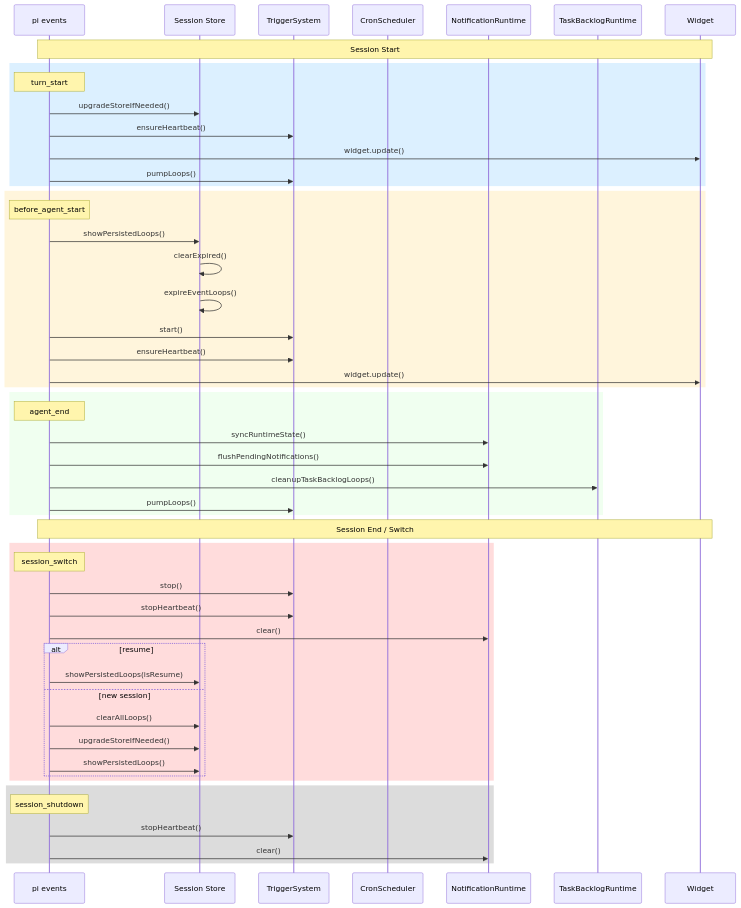
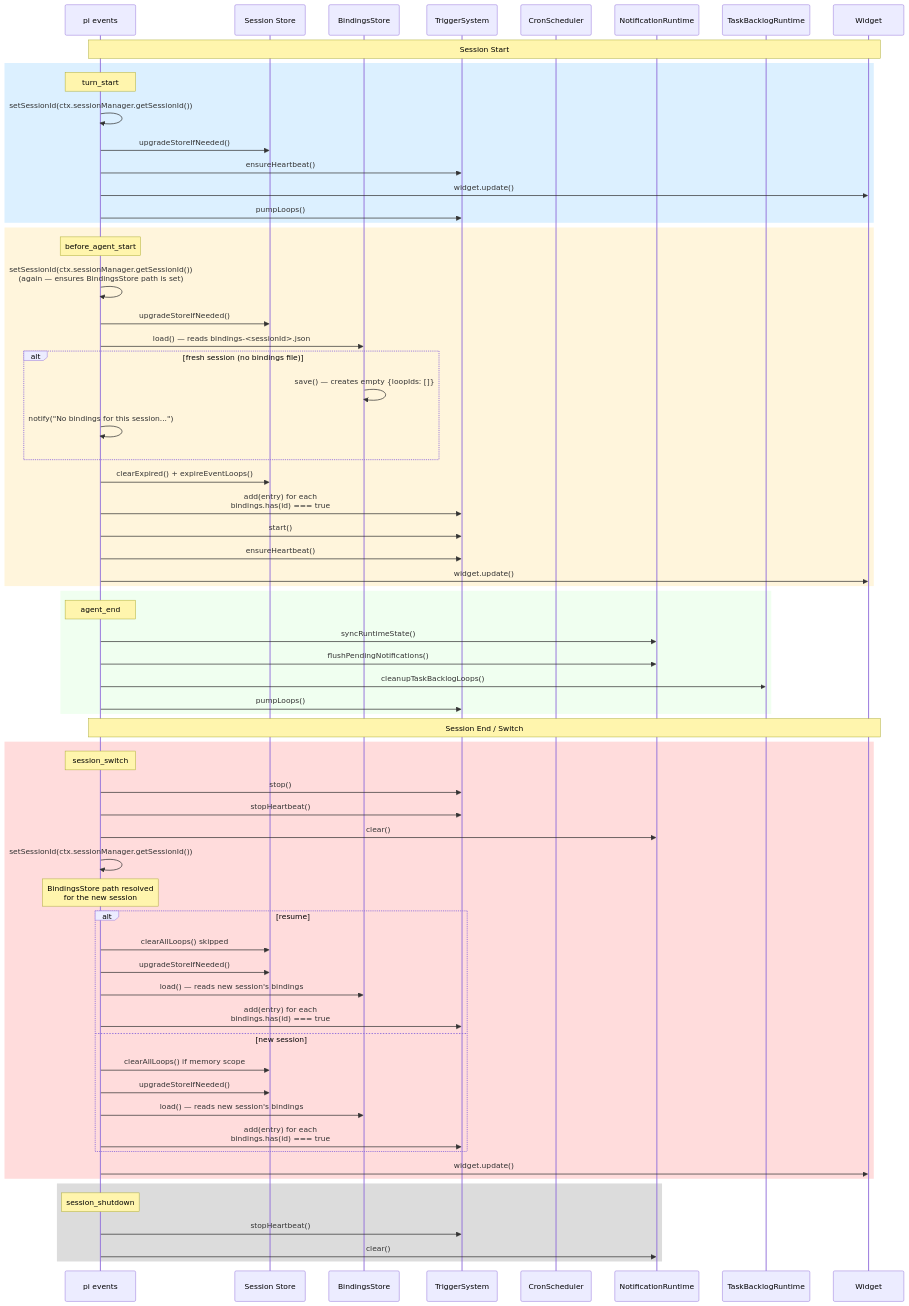
One commit to bramburn/pi-loop changed the first of 5 diagrams in userflow/session-lifecycle.md. Above: the diagram before and after it, drawn with Mermaid. The commit also changed other lines of this file and 40 other files, not shown here.

First line of the commit message:
feat: governor TUI + per-session bindings + all session fixes

````diff
--- a/userflow/session-lifecycle.md
+++ b/userflow/session-lifecycle.md
@@ -9,60 +9,75 @@
 ```mermaid
 sequenceDiagram
     participant PI as pi events
     participant SS as Session Store
+    participant BS as BindingsStore
     participant TR as TriggerSystem
     participant CS as CronScheduler
     participant N as NotificationRuntime
     participant TBR as TaskBacklogRuntime
     participant W as Widget
 
     Note over PI, W: Session Start
 
     rect rgb(220, 240, 255)
         Note over PI: turn_start
+        PI->>PI: setSessionId(ctx.sessionManager.getSessionId())
         PI->>SS: upgradeStoreIfNeeded()
         PI->>TR: ensureHeartbeat()
         PI->>W: widget.update()
         PI->>TR: pumpLoops()
     end
 
     rect rgb(255, 245, 220)
         Note over PI: before_agent_start
-        PI->>SS: showPersistedLoops()
-        SS->>SS: clearExpired()
-        SS->>SS: expireEventLoops()
+        PI->>PI: setSessionId(ctx.sessionManager.getSessionId())<br/>(again — ensures BindingsStore path is set)
+        PI->>SS: upgradeStoreIfNeeded()
+        PI->>BS: load() — reads bindings-<sessionId>.json
+        alt fresh session (no bindings file)
+            BS->>BS: save() — creates empty {loopIds: []}
+            PI->>PI: notify("No bindings for this session...")
+        end
+        PI->>SS: clearExpired() + expireEventLoops()
+        PI->>TR: add(entry) for each<br/>bindings.has(id) === true
         PI->>TR: start()
         PI->>TR: ensureHeartbeat()
         PI->>W: widget.update()
     end
 
     rect rgb(240, 255, 240)
         Note over PI: agent_end
         PI->>N: syncRuntimeState()
         PI->>N: flushPendingNotifications()
         PI->>TBR: cleanupTaskBacklogLoops()
         PI->>TR: pumpLoops()
     end
 
     Note over PI, W: Session End / Switch
 
     rect rgb(255, 220, 220)
         Note over PI: session_switch
         PI->>TR: stop()
         PI->>TR: stopHeartbeat()
         PI->>N: clear()
+        PI->>PI: setSessionId(ctx.sessionManager.getSessionId())
+        Note over PI: BindingsStore path resolved<br/>for the new session
         alt resume
-            PI->>SS: showPersistedLoops(isResume)
+            PI->>SS: clearAllLoops() skipped
+            PI->>SS: upgradeStoreIfNeeded()
+            PI->>BS: load() — reads new session's bindings
+            PI->>TR: add(entry) for each<br/>bindings.has(id) === true
         else new session
-            PI->>SS: clearAllLoops()
+            PI->>SS: clearAllLoops() if memory scope
             PI->>SS: upgradeStoreIfNeeded()
-            PI->>SS: showPersistedLoops()
+            PI->>BS: load() — reads new session's bindings
+            PI->>TR: add(entry) for each<br/>bindings.has(id) === true
         end
+        PI->>W: widget.update()
     end
 
     rect rgb(220, 220, 220)
         Note over PI: session_shutdown
         PI->>TR: stopHeartbeat()
         PI->>N: clear()
     end
 ```
````
